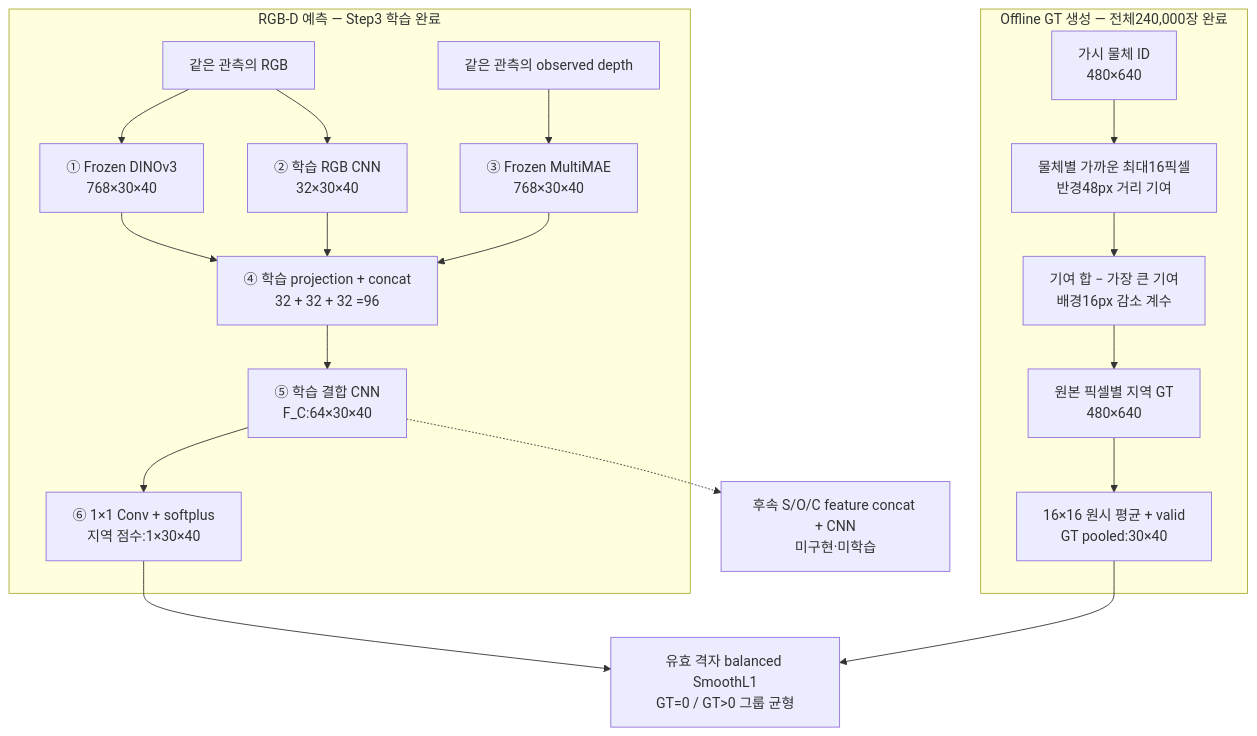
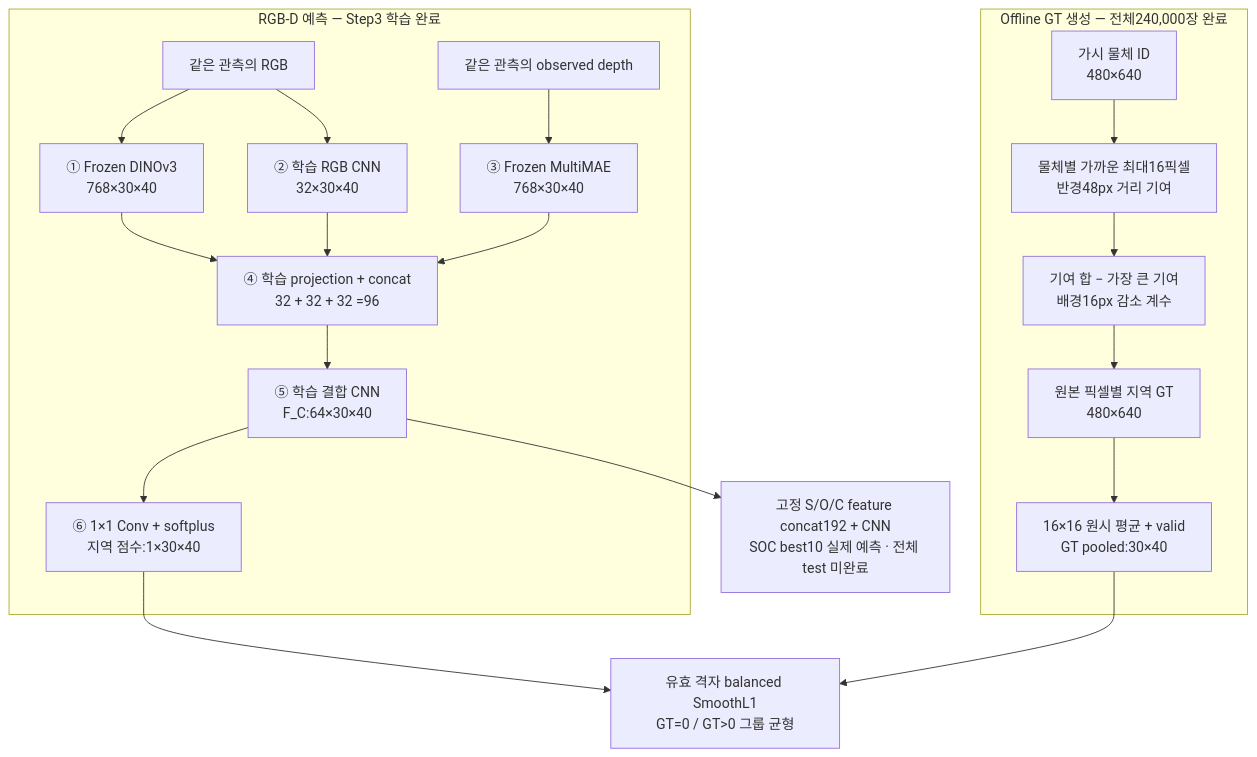
The diagram in complexity_stream.md (JeonHaneul/2D-PDM_DINOv3), drawn with Mermaid before and after one commit. The commit also changed other lines of this file and 29 other files, not shown here.

````diff
--- a/complexity_stream.md
+++ b/complexity_stream.md
@@ -129,22 +152,22 @@
 ```mermaid
 flowchart TB
     subgraph GT["Offline GT 생성 — 전체240,000장 완료"]
         ID["가시 물체 ID<br/>480×640"] --> DIST["물체별 가까운 최대16픽셀<br/>반경48px 거리 기여"]
         DIST --> REGION["기여 합 − 가장 큰 기여<br/>배경16px 감소 계수"]
         REGION --> FULL["원본 픽셀별 지역 GT<br/>480×640"]
         FULL --> POOL["16×16 원시 평균 + valid<br/>GT pooled:30×40"]
     end
     subgraph MODEL["RGB-D 예측 — Step3 학습 완료"]
         RGB["같은 관측의 RGB"] --> DINO["① Frozen DINOv3<br/>768×30×40"]
         RGB --> DETAIL["② 학습 RGB CNN<br/>32×30×40"]
         DEPTH["같은 관측의 observed depth"] --> MAE["③ Frozen MultiMAE<br/>768×30×40"]
         DINO --> CAT["④ 학습 projection + concat<br/>32 + 32 + 32 =96"]
         DETAIL --> CAT
         MAE --> CAT
         CAT --> FC["⑤ 학습 결합 CNN<br/>F_C:64×30×40"]
         FC --> PRED["⑥ 1×1 Conv + softplus<br/>지역 점수:1×30×40"]
     end
     PRED --> LOSS["유효 격자 balanced SmoothL1<br/>GT=0 / GT>0 그룹 균형"]
     POOL --> LOSS
-    FC -.-> FUSION["후속 S/O/C feature concat + CNN<br/>미구현·미학습"]
+    FC --> FUSION["고정 S/O/C feature concat192 + CNN<br/>SOC best10 실제 예측 · 전체 test 미완료"]
 ```
````
